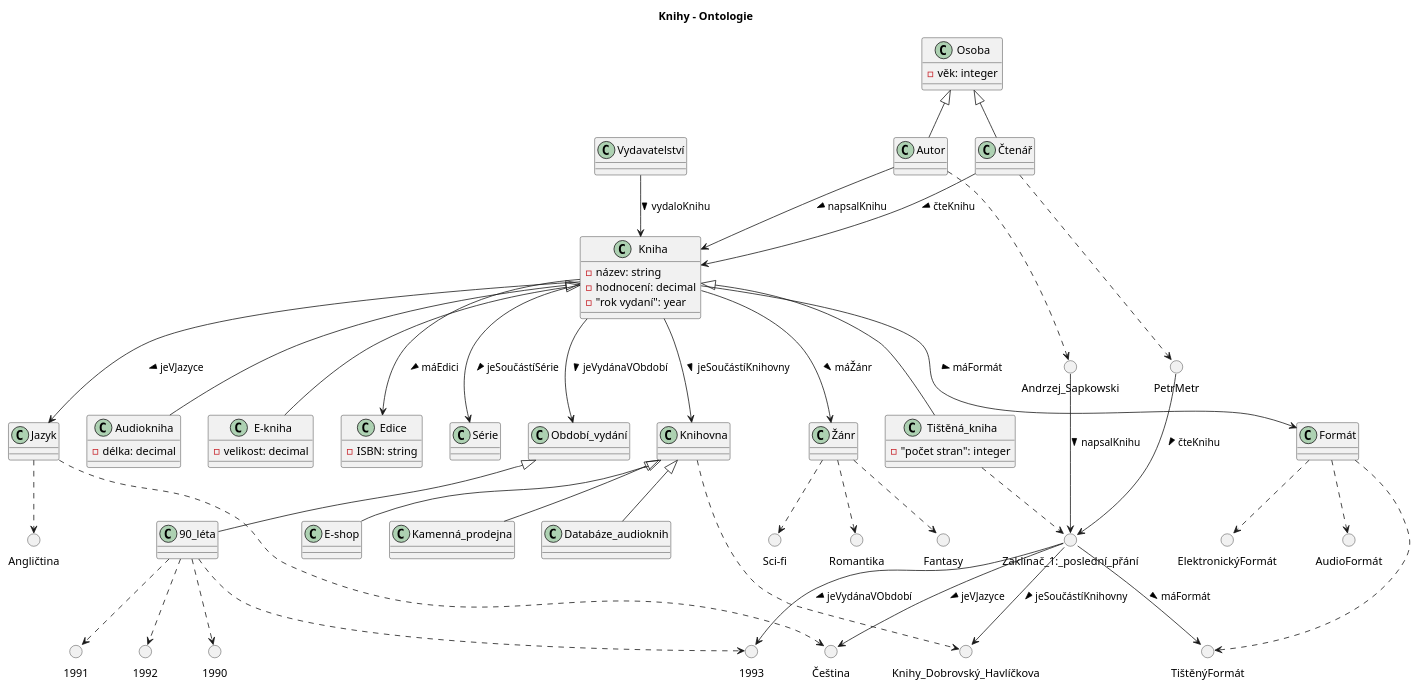
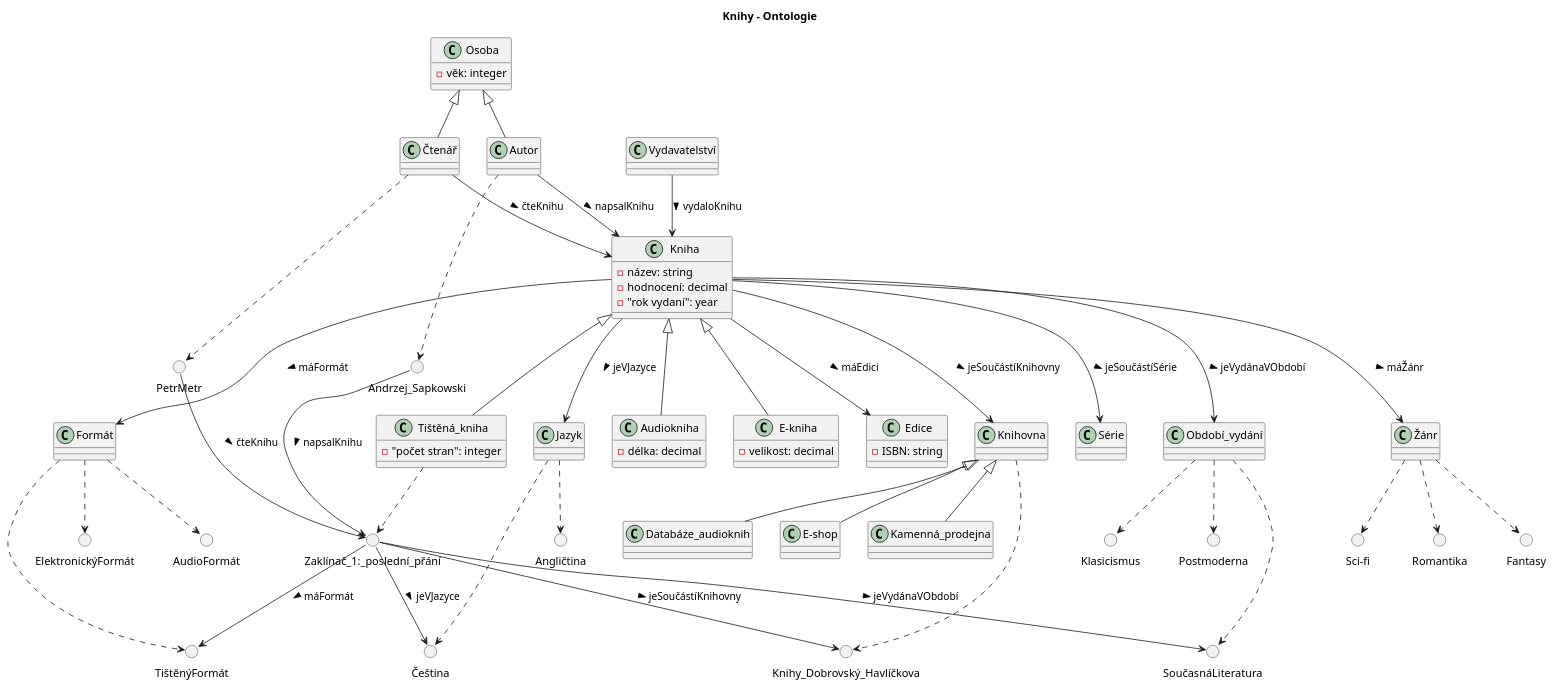
The diagram in protege/analyza/ontologie.puml (maxa-ondrej/4IZ232-umela-inteligence), drawn with PlantUML before and after one commit. The commit also changed 2 other files, not shown here.

Commit message:
Update ontology to reflect new literary periods and associations for "Zaklínač 1: poslední přání"

```diff
--- a/protege/analyza/ontologie.puml
+++ b/protege/analyza/ontologie.puml
@@ -1,110 +1,106 @@
 @startuml
 
 title Knihy - Ontologie
     
 class "Kniha" {
     - název: string
     - hodnocení: decimal
     - "rok vydaní": year
 }
 
 class "Tištěná_kniha" {
     - "počet stran": integer
 }
 Kniha <|-- "Tištěná_kniha"
 () "Zaklínač_1:_poslední_přání"
 "Tištěná_kniha" ..> "Zaklínač_1:_poslední_přání"
 
 
 class "Audiokniha" {
     - délka: decimal
 }
 Kniha <|-- "Audiokniha"
 
 class "E-kniha" {
     - velikost: decimal
 }
 Kniha <|-- "E-kniha"
 
 class "Osoba" {
     - věk: integer
 }
 
 class "Čtenář"
 Osoba <|-- "Čtenář"
 "Čtenář" --> "Kniha" : čteKnihu >
 () "PetrMetr"
 "Čtenář" ..> "PetrMetr"
 "PetrMetr" --> "Zaklínač_1:_poslední_přání" : čteKnihu >
 
 class "Autor"
 Osoba <|-- "Autor"
 "Autor" --> "Kniha" : napsalKnihu >
 () "Andrzej_Sapkowski"
 "Autor" ..> "Andrzej_Sapkowski"
 "Andrzej_Sapkowski" --> "Zaklínač_1:_poslední_přání" : napsalKnihu >
 
 class "Edice" {
     - ISBN: string
 }
 "Kniha" --> "Edice" : máEdici >
 
 class "Formát"
 "Kniha" --> "Formát" : máFormát >
 () "TištěnýFormát"
 "Formát" ..> "TištěnýFormát"
 "Zaklínač_1:_poslední_přání" --> "TištěnýFormát" : máFormát >
 () "ElektronickýFormát"
 "Formát" ..> "ElektronickýFormát"
 () "AudioFormát"
 "Formát" ..> "AudioFormát"
 
 class "Jazyk"
 "Kniha" --> "Jazyk" : jeVJazyce >
 () "Čeština"
 "Jazyk" ..> "Čeština"
 "Zaklínač_1:_poslední_přání" --> "Čeština" : jeVJazyce >
 () "Angličtina"
 "Jazyk" ..> "Angličtina"
 
 class "Knihovna"
 "Kniha" --> "Knihovna" : jeSoučástíKnihovny >
 class "Databáze_audioknih"
 Knihovna <|-- "Databáze_audioknih"
 class "E-shop"
 Knihovna <|-- "E-shop"
 class "Kamenná_prodejna"
 Knihovna <|-- "Kamenná_prodejna"
 () "Knihy_Dobrovský_Havlíčkova"
 "Knihovna" ..> "Knihy_Dobrovský_Havlíčkova"
 "Zaklínač_1:_poslední_přání" --> "Knihy_Dobrovský_Havlíčkova" : jeSoučástíKnihovny >
 
 class "Žánr"
 "Kniha" --> "Žánr" : máŽánr >
 () "Fantasy"
 "Žánr" ..> "Fantasy"
 () "Sci-fi"
 "Žánr" ..> "Sci-fi"
 () "Romantika"
 "Žánr" ..> "Romantika"
 
 class "Období_vydání"
 "Kniha" --> "Období_vydání" : jeVydánaVObdobí >
-class "90_léta"
-"Období_vydání" <|-- "90_léta"
-() "1990"
-"90_léta" ..> "1990"
-() "1991"
-"90_léta" ..> "1991"
-() "1992"
-"90_léta" ..> "1992"
-() "1993"
-"90_léta" ..> "1993"
-"Zaklínač_1:_poslední_přání" --> "1993" : jeVydánaVObdobí >
+() "Klasicismus"
+"Období_vydání" ..> "Klasicismus"
+() "Postmoderna"
+"Období_vydání" ..> "Postmoderna"
+() "SoučasnáLiteratura"
+"Období_vydání" ..> "SoučasnáLiteratura"
+"Zaklínač_1:_poslední_přání" --> "SoučasnáLiteratura" : jeVydánaVObdobí >
 
 class "Série"
 "Kniha" --> "Série" : jeSoučástíSérie >
 class "Vydavatelství"
 "Vydavatelství" --> "Kniha" : vydaloKnihu >
 
 @enduml
```
